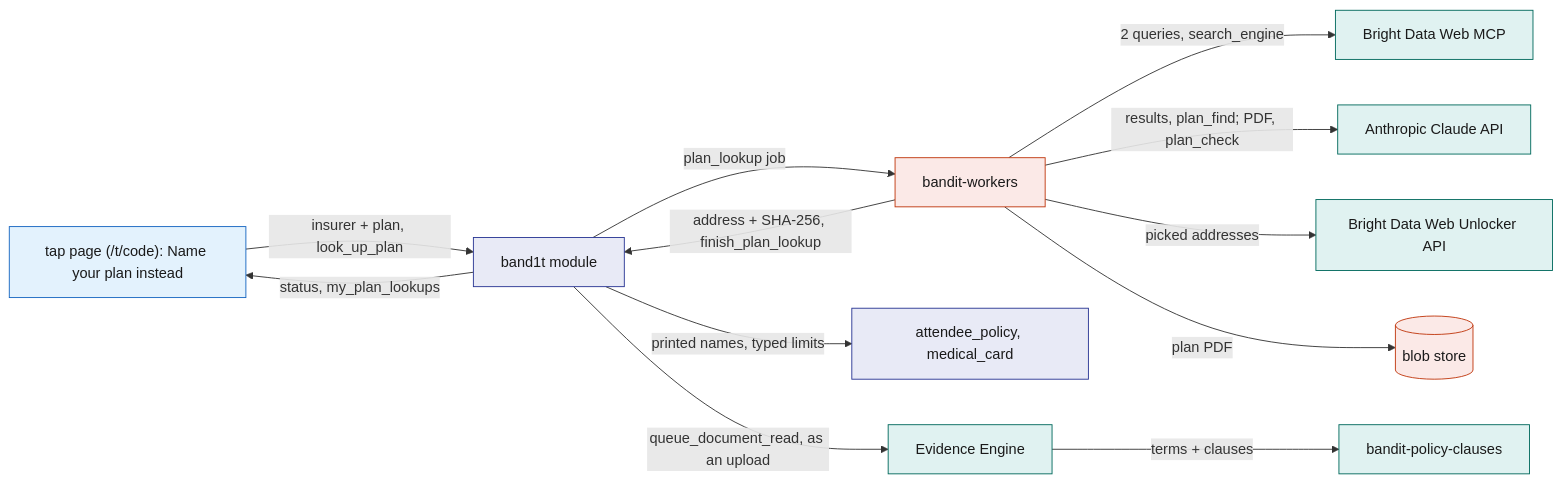
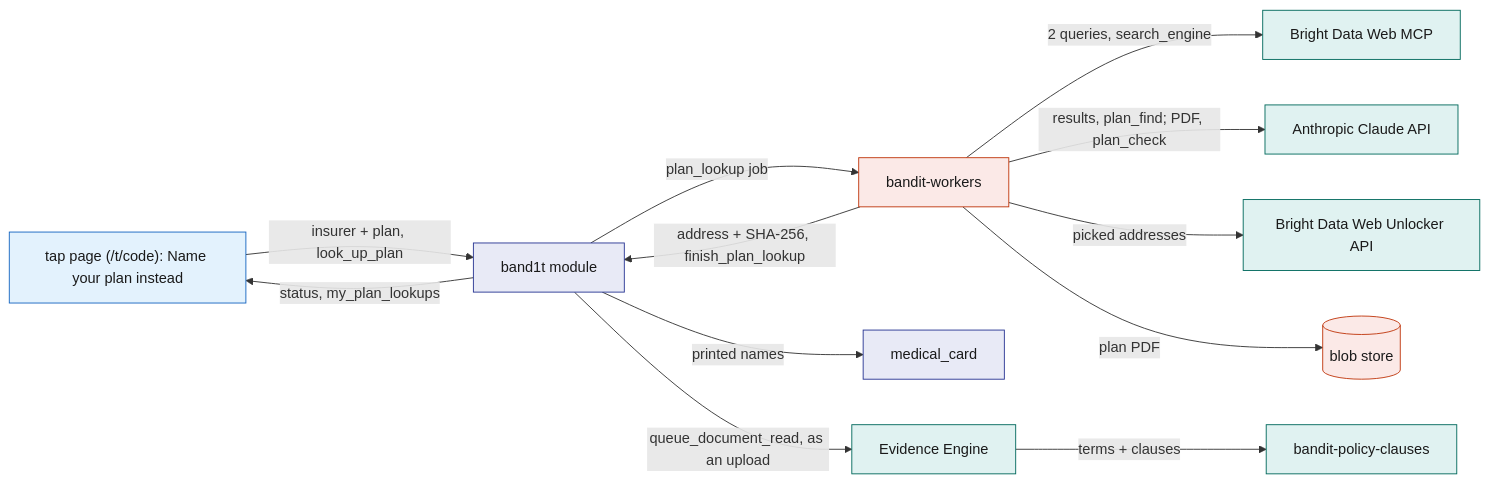
Before and after one commit to viktorinkov/cal-hacks-13: the fifth of 8 diagrams in System Design/7-integrations/Bright-Data.md, drawn with Mermaid. The commit also changed other lines of this file and 53 other files, not shown here.

````diff
--- a/System Design/7-integrations/Bright-Data.md
+++ b/System Design/7-integrations/Bright-Data.md
@@ -292,22 +287,22 @@
 ```mermaid
 flowchart LR
   TAP["tap page (/t/code): Name your plan instead"] -->|"insurer + plan, look_up_plan"| MOD["band1t module"]
   MOD -->|"plan_lookup job"| W["bandit-workers"]
   W -->|"2 queries, search_engine"| MCP["Bright Data Web MCP"]
   W -->|"results, plan_find; PDF, plan_check"| CL["Anthropic Claude API"]
   W -->|"picked addresses"| WU["Bright Data Web Unlocker API"]
   W -->|"plan PDF"| BLOB[("blob store")]
   W -->|"address + SHA-256, finish_plan_lookup"| MOD
-  MOD -->|"printed names, typed limits"| POL["attendee_policy, medical_card"]
+  MOD -->|"printed names"| POL["medical_card"]
   MOD -->|"queue_document_read, as an upload"| EE["Evidence Engine"]
   EE -->|"terms + clauses"| CLS["bandit-policy-clauses"]
   MOD -->|"status, my_plan_lookups"| TAP
   classDef ext fill:#E0F2F1,stroke:#00695C,color:#1A1A1A
   classDef web fill:#E3F2FD,stroke:#1565C0,color:#1A1A1A
   classDef stdb fill:#E8EAF6,stroke:#283593,color:#1A1A1A
   classDef rust fill:#FBE9E7,stroke:#BF360C,color:#1A1A1A
   class MCP,CL,WU,EE,CLS ext
   class TAP web
   class MOD,POL stdb
   class W,BLOB rust
 ```
````
